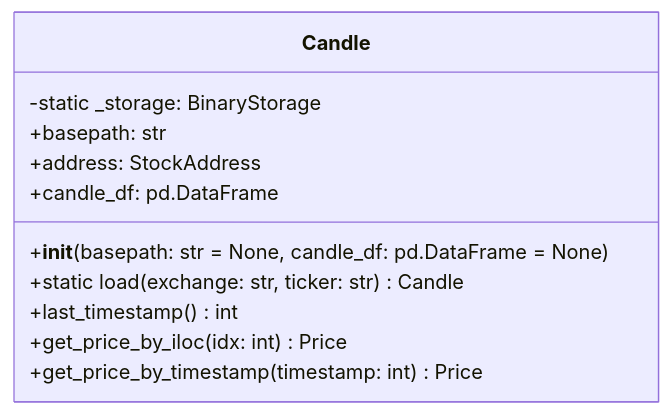
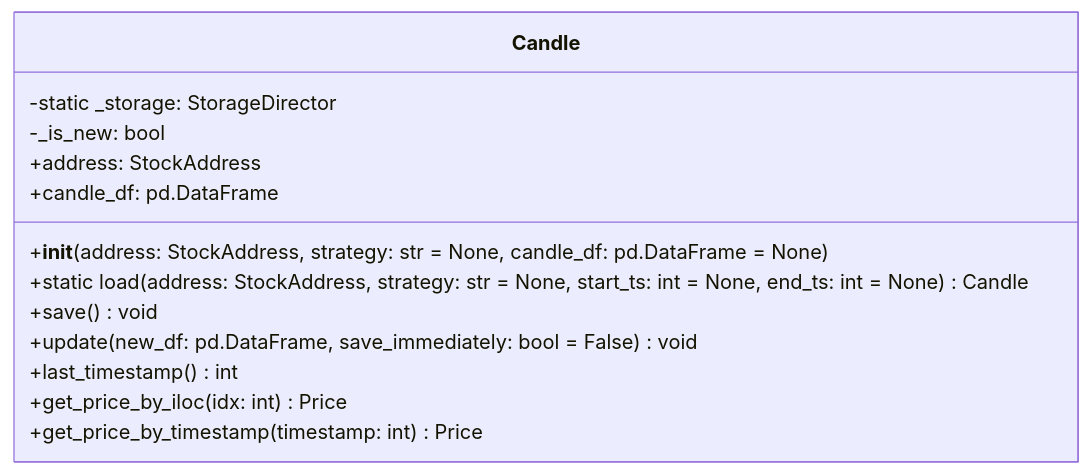
Before and after one commit to gatesplan/python-toolbox: the second of 2 diagrams in packages/financial-assets/financial_assets/candle/Architecture.md, drawn with Mermaid. The commit also changed other lines of this file and 2 other files, not shown here.

First line of the commit message:
docs(financial-assets): Candle Storage Strategy 설계 문서 작성

````diff
--- a/packages/financial-assets/financial_assets/candle/Architecture.md
+++ b/packages/financial-assets/financial_assets/candle/Architecture.md
@@ -63,14 +100,16 @@
 ```mermaid
 classDiagram
     class Candle {
-        -static _storage: BinaryStorage
-        +basepath: str
+        -static _storage: StorageDirector
+        -_is_new: bool
         +address: StockAddress
         +candle_df: pd.DataFrame
-        +__init__(basepath: str = None, candle_df: pd.DataFrame = None)
-        +static load(exchange: str, ticker: str) Candle
+        +__init__(address: StockAddress, strategy: str = None, candle_df: pd.DataFrame = None)
+        +static load(address: StockAddress, strategy: str = None, start_ts: int = None, end_ts: int = None) Candle
+        +save() void
+        +update(new_df: pd.DataFrame, save_immediately: bool = False) void
         +last_timestamp() int
         +get_price_by_iloc(idx: int) Price
         +get_price_by_timestamp(timestamp: int) Price
     }
 ```
````
